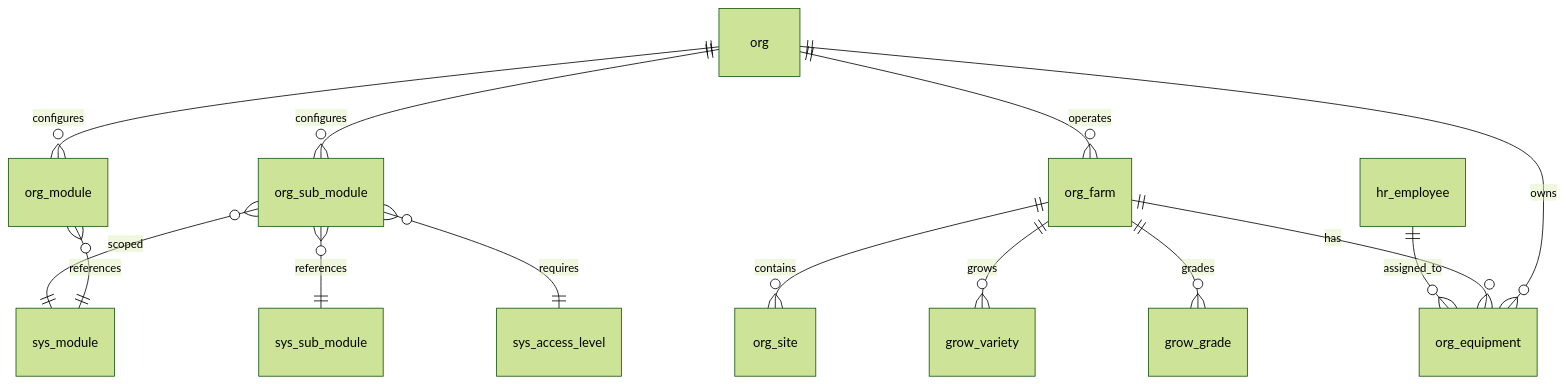
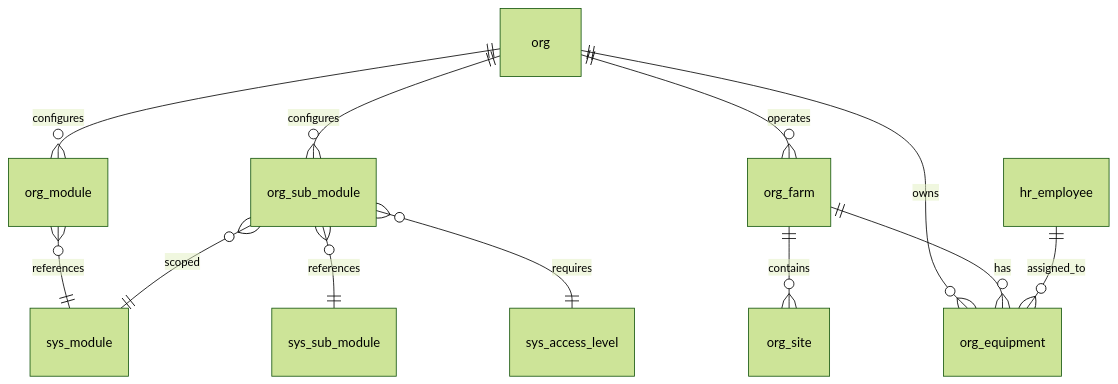
One commit to Hawaii-Farming/aloha-app changed the diagram in docs/schemas/20260319_02_org.md. Above: the diagram before and after it, drawn with Mermaid (forest theme). The commit also changed other lines of this file and 37 other files, not shown here.

First line of the commit message:
Move Grow module after Operations, rename to grow_ prefix, split schema doc, restructure conventions

````diff
--- a/docs/schemas/20260319_02_org.md
+++ b/docs/schemas/20260319_02_org.md
@@ -9,16 +9,14 @@
 ```mermaid
 erDiagram
     org ||--o{ org_module : configures
     org ||--o{ org_sub_module : configures
     org ||--o{ org_farm : operates
     org ||--o{ org_equipment : owns
     org_module }o--|| sys_module : references
     org_sub_module }o--|| sys_sub_module : references
     org_sub_module }o--|| sys_module : scoped
     org_sub_module }o--|| sys_access_level : requires
     org_farm ||--o{ org_site : contains
     org_farm ||--o{ org_equipment : has
-    org_farm ||--o{ grow_variety : grows
-    org_farm ||--o{ grow_grade : grades
     hr_employee ||--o{ org_equipment : assigned_to
 ```
````
